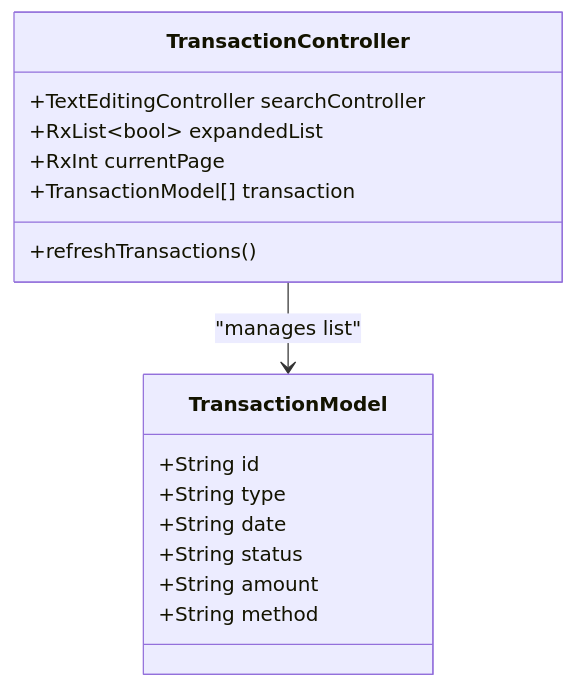
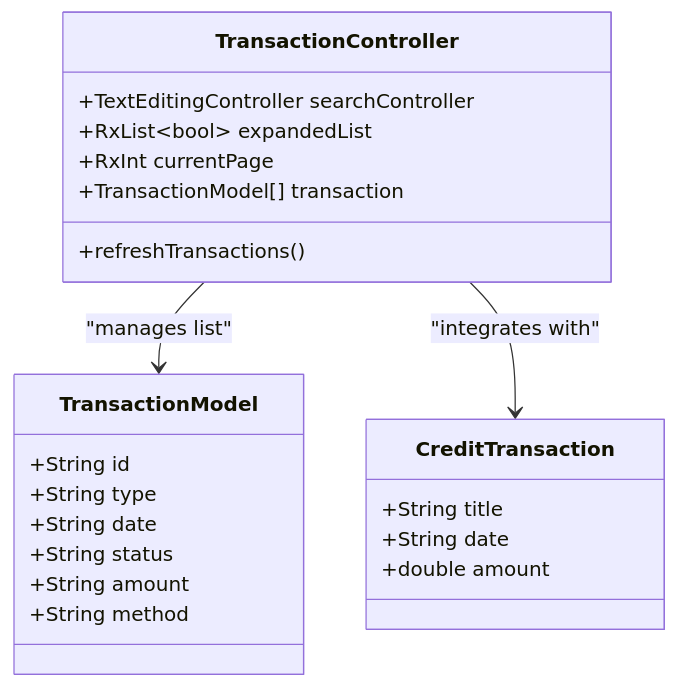
One commit to Ariful3111/FurniGo changed the seventh of 9 diagrams in .qoder/repowiki/en/content/Core Features/AI Design Services/Purchase and Download Workflow.md. Above: the diagram before and after it, drawn with Mermaid. The commit also changed other lines of this file and 67 other files, not shown here.

````diff
--- a/.qoder/repowiki/en/content/Core Features/AI Design Services/Purchase and Download Workflow.md
+++ b/.qoder/repowiki/en/content/Core Features/AI Design Services/Purchase and Download Workflow.md
@@ -256,19 +369,25 @@
 ```mermaid
 classDiagram
 class TransactionController {
 +TextEditingController searchController
 +RxList~bool~ expandedList
 +RxInt currentPage
 +TransactionModel[] transaction
 +refreshTransactions()
 }
 class TransactionModel {
 +String id
 +String type
 +String date
 +String status
 +String amount
 +String method
 }
+class CreditTransaction {
++String title
++String date
++double amount
+}
 TransactionController --> TransactionModel : "manages list"
+TransactionController --> CreditTransaction : "integrates with"
 ```
````
